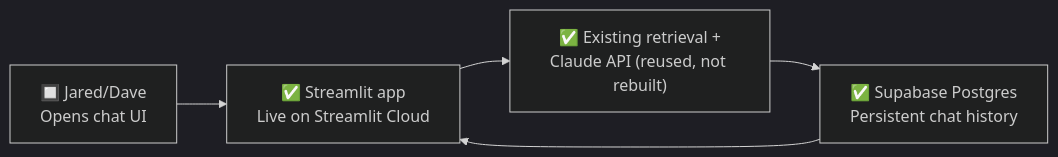
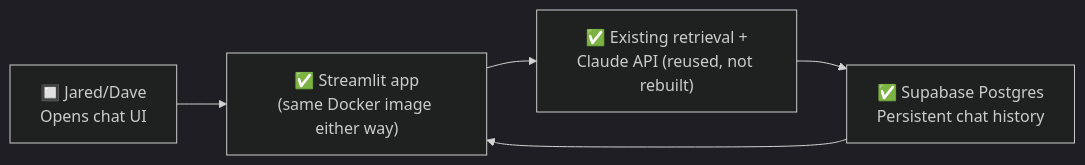
Before and after one commit to DaveBarberSHV/vessel-maintenance-platform: the third of 3 diagrams in docs/architecture.md, drawn with Mermaid (dark theme). The commit also changed other lines of this file and 8 other files, not shown here.

First line of the commit message:
Migrate deployment from Streamlit Cloud to Google Cloud Run

````diff
--- a/docs/architecture.md
+++ b/docs/architecture.md
@@ -252,7 +252,7 @@
 ```mermaid
 flowchart LR
-    A["🔲 Jared/Dave<br/>Opens chat UI"] --> B["✅ Streamlit app<br/>Live on Streamlit Cloud"]
+    A["🔲 Jared/Dave<br/>Opens chat UI"] --> B["✅ Streamlit app<br/>(same Docker image either way)"]
     B --> C["✅ Existing retrieval +<br/>Claude API (reused, not rebuilt)"]
     C --> D["✅ Supabase Postgres<br/>Persistent chat history"]
     D --> B
 ```
````
